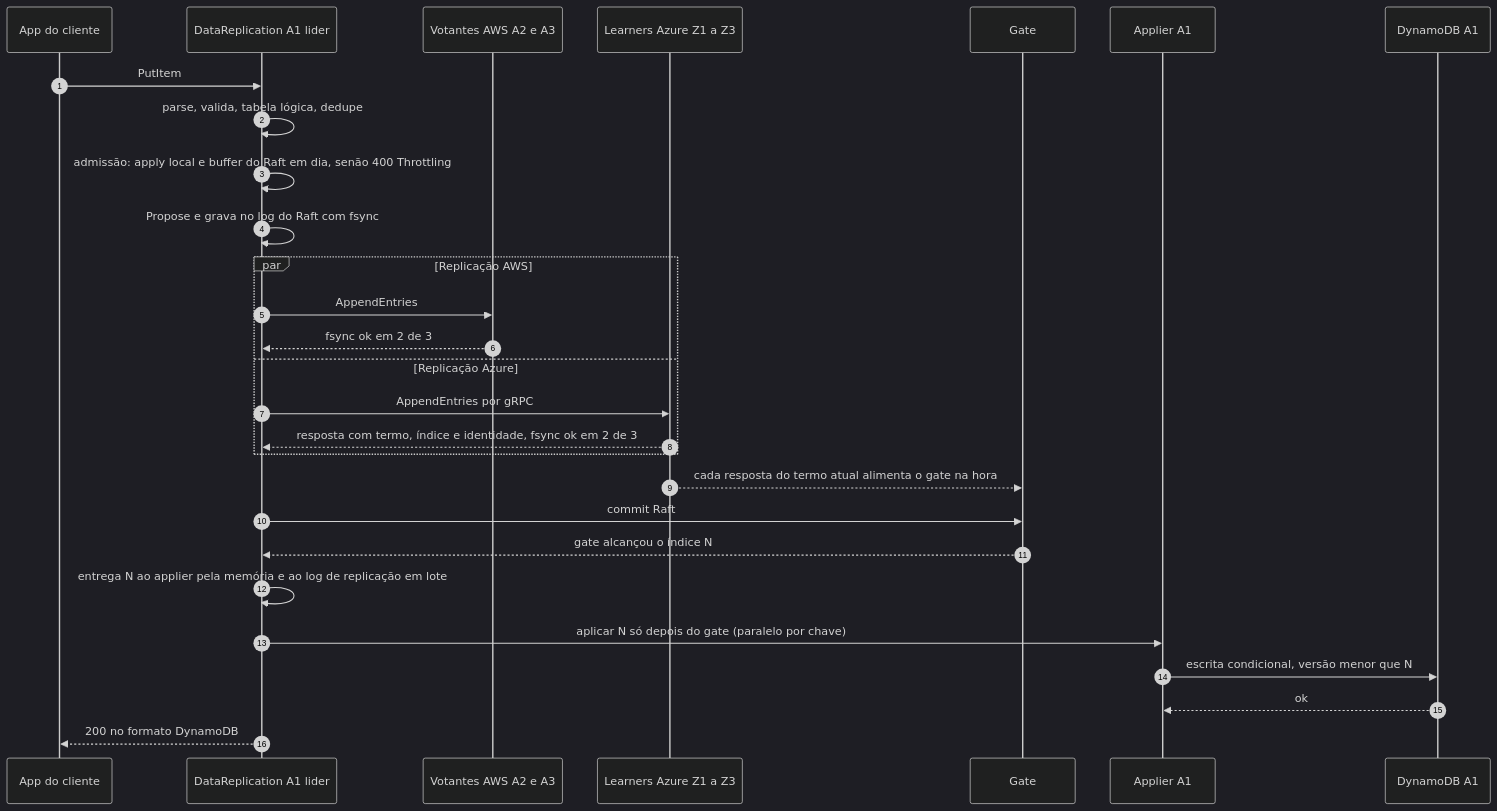
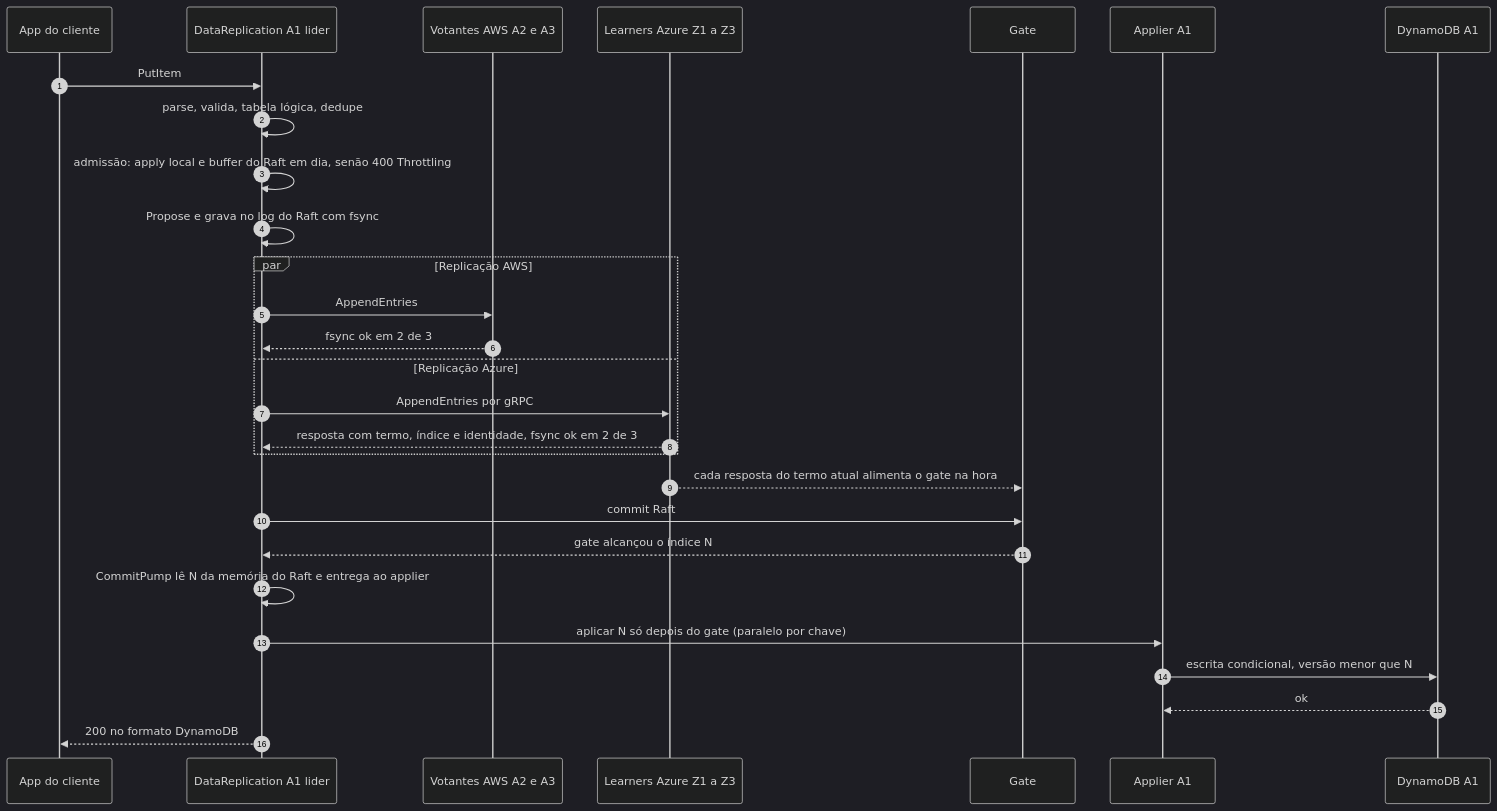
One commit to brbarmex/k changed the diagram in doc/02_cenarios/atualizados/C03-escrita-strong.md. Above: the diagram before and after it, drawn with Mermaid (dark theme). The commit also changed other lines of this file and 197 other files, not shown here.

First line of the commit message:
Remove o log de replicação (replog) e todas as menções

````diff
--- a/doc/02_cenarios/atualizados/C03-escrita-strong.md
+++ b/doc/02_cenarios/atualizados/C03-escrita-strong.md
@@ -11,30 +11,30 @@
 ```mermaid
 sequenceDiagram
     autonumber
     participant App as App do cliente
     participant DR as DataReplication A1 lider
     participant R as Votantes AWS A2 e A3
     participant Z as Learners Azure Z1 a Z3
     participant G as Gate
     participant AP as Applier A1
     participant DB as DynamoDB A1
     App->>DR: PutItem
     DR->>DR: parse, valida, tabela lógica, dedupe
     DR->>DR: admissão: apply local e buffer do Raft em dia, senão 400 Throttling
     DR->>DR: Propose e grava no log do Raft com fsync
     par Replicação AWS
         DR->>R: AppendEntries
         R-->>DR: fsync ok em 2 de 3
     and Replicação Azure
         DR->>Z: AppendEntries por gRPC
         Z-->>DR: resposta com termo, índice e identidade, fsync ok em 2 de 3
     end
     Z-->>G: cada resposta do termo atual alimenta o gate na hora
     DR->>G: commit Raft
     G-->>DR: gate alcançou o índice N
-    DR->>DR: entrega N ao applier pela memória e ao log de replicação em lote
+    DR->>DR: CommitPump lê N da memória do Raft e entrega ao applier
     DR->>AP: aplicar N só depois do gate (paralelo por chave)
     AP->>DB: escrita condicional, versão menor que N
     DB-->>AP: ok
     DR-->>App: 200 no formato DynamoDB
 ```
````
